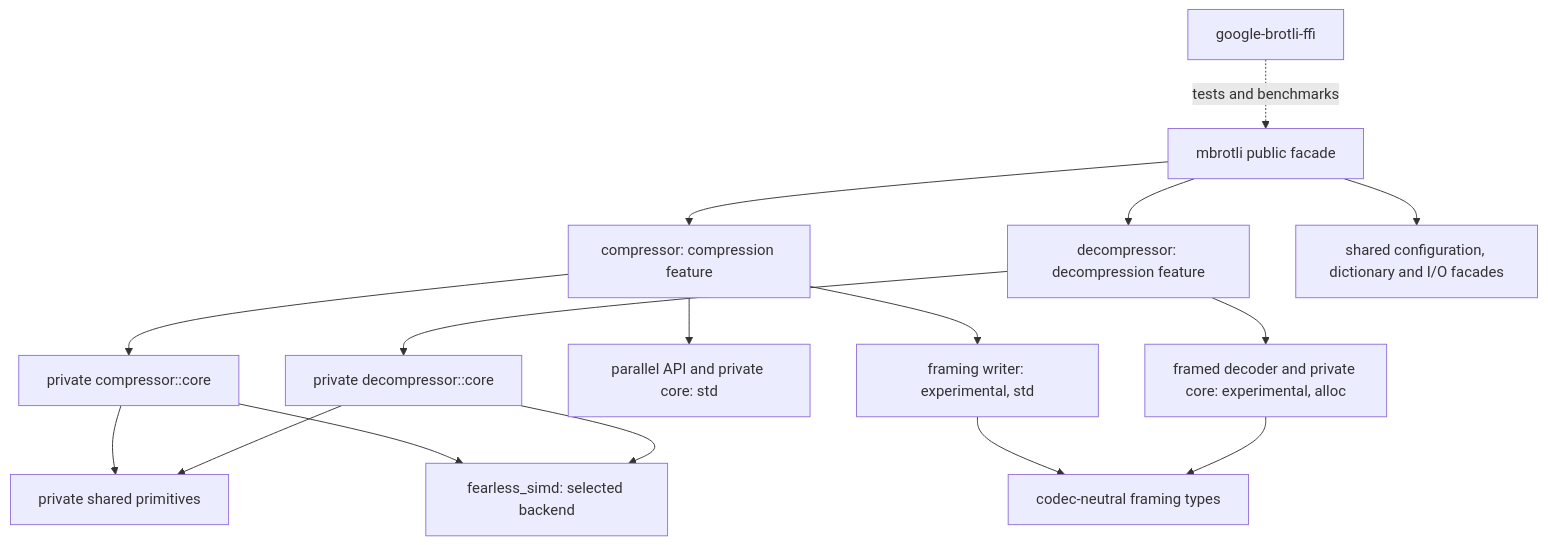
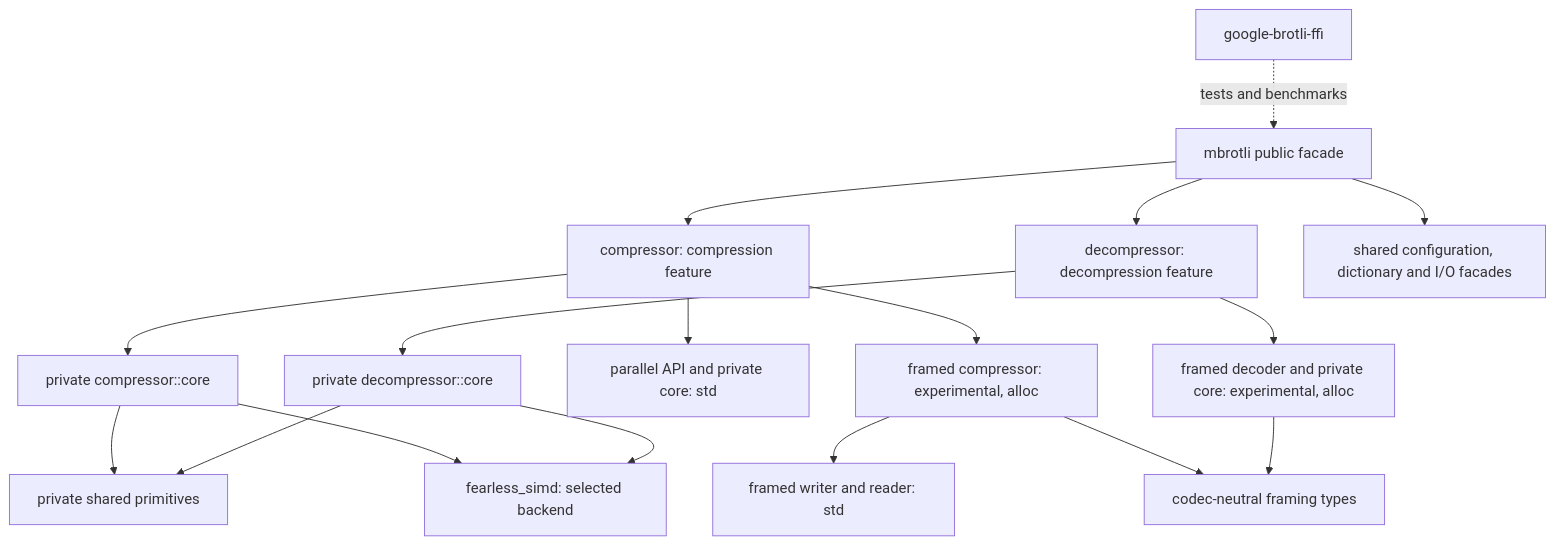
The diagram in architecture/README.md (Mnwa/mbrotli), drawn with Mermaid before and after one commit. The commit also changed other lines of this file and 59 other files, not shown here.

Commit message:
Move Compressor::compress_framed to FramedCompressor

````diff
--- a/architecture/README.md
+++ b/architecture/README.md
@@ -9,18 +9,19 @@
 ```mermaid
 graph TD
     Root[mbrotli public facade] --> Encode[compressor: compression feature]
     Root --> Decode[decompressor: decompression feature]
     Root --> Common[shared configuration, dictionary and I/O facades]
     Encode --> ECore[private compressor::core]
     Decode --> DCore[private decompressor::core]
     Encode --> Parallel[parallel API and private core: std]
-    Encode --> Framing[framing writer: experimental, std]
+    Encode --> Framing[framed compressor: experimental, alloc]
+    Framing --> FIO[framed writer and reader: std]
     Decode --> FDecode[framed decoder and private core: experimental, alloc]
     Framing --> Wire[codec-neutral framing types]
     FDecode --> Wire
     ECore --> Shared[private shared primitives]
     DCore --> Shared
     ECore --> SIMD[fearless_simd: selected backend]
     DCore --> SIMD
     C[google-brotli-ffi] -. tests and benchmarks .-> Root
 ```
````
